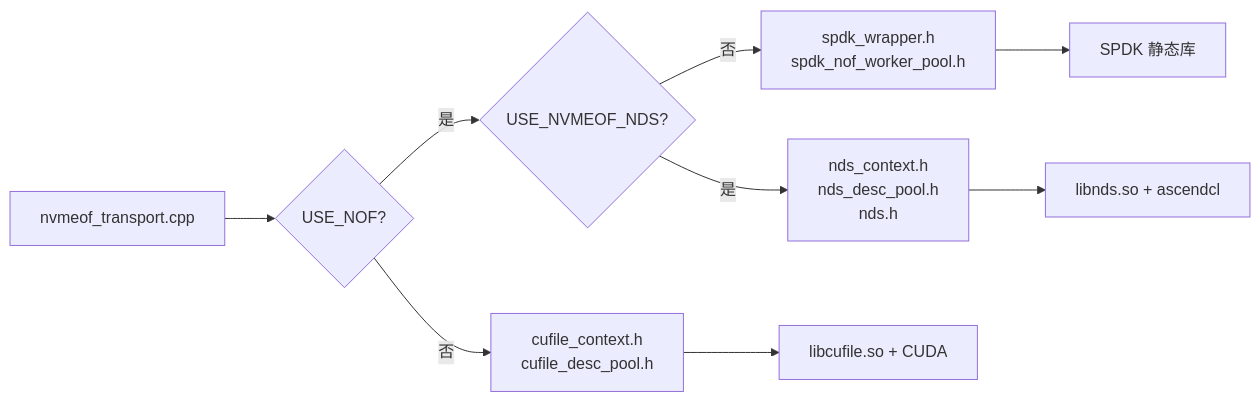
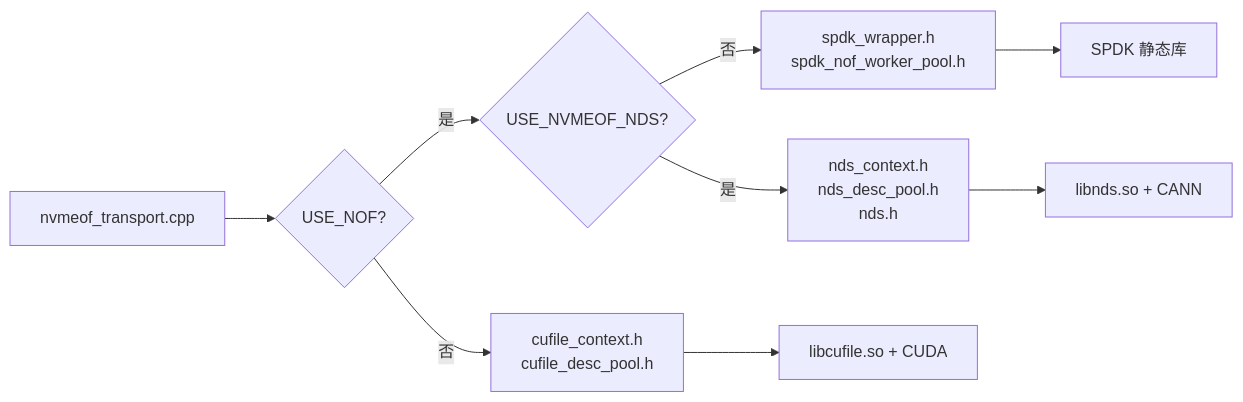
One commit to yz53665/Mooncake changed the second of 18 diagrams in docs/rfc-nds-nvmeof-transport-cn.md. Above: the diagram before and after it, drawn with Mermaid. The commit also changed other lines of this file, not shown here.

````diff
--- a/docs/rfc-nds-nvmeof-transport-cn.md
+++ b/docs/rfc-nds-nvmeof-transport-cn.md
@@ -114,11 +114,11 @@
 ```mermaid
 flowchart LR
     SRC[nvmeof_transport.cpp] --> IS_NOF{USE_NOF?}
     IS_NOF -->|否| INC_GDS[cufile_context.h<br/>cufile_desc_pool.h]
     IS_NOF -->|是| IS_NDS{USE_NVMEOF_NDS?}
     IS_NDS -->|否| INC_SPDK[spdk_wrapper.h<br/>spdk_nof_worker_pool.h]
     IS_NDS -->|是| INC_NDS[nds_context.h<br/>nds_desc_pool.h<br/>nds.h]
     INC_GDS --> LINK_GDS[libcufile.so + CUDA]
     INC_SPDK --> LINK_SPDK[SPDK 静态库]
-    INC_NDS --> LINK_NDS[libnds.so + ascendcl]
+    INC_NDS --> LINK_NDS[libnds.so + CANN]
 ```
````
